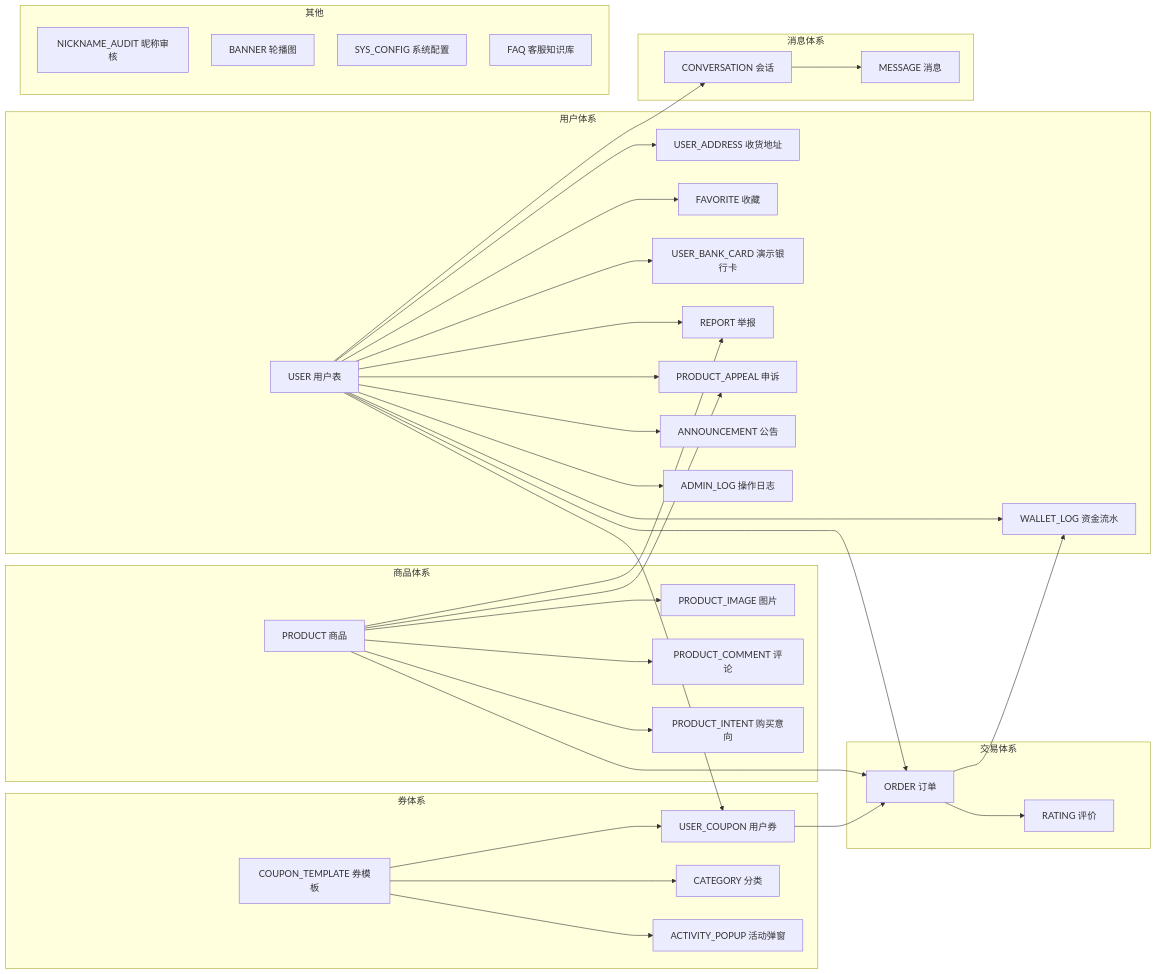
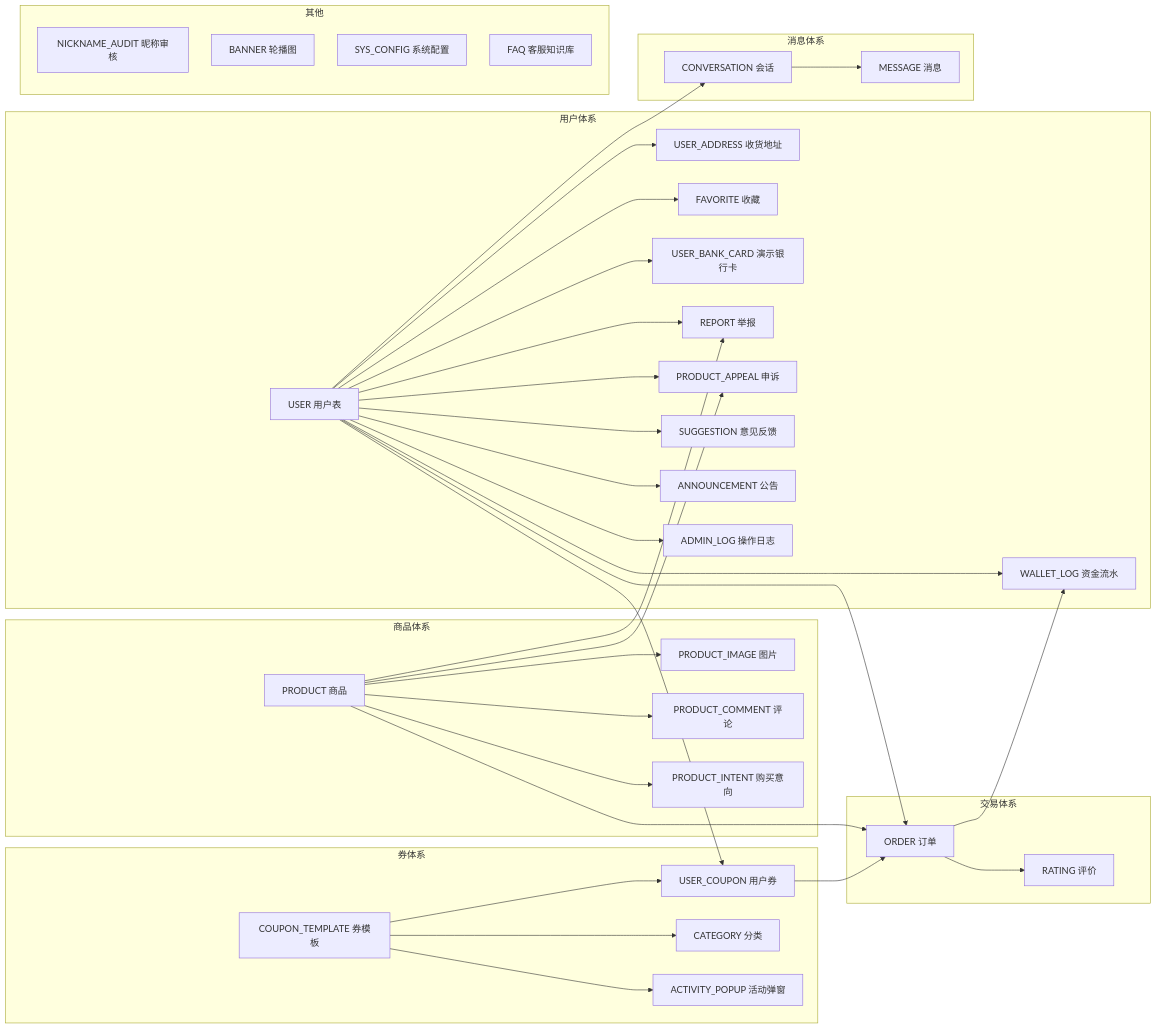
The diagram in README.md (CUTEcivetcat/c2c), drawn with Mermaid before and after one commit. The commit also changed other lines of this file and 23 other files, not shown here.

````diff
--- a/README.md
+++ b/README.md
@@ -190,45 +192,46 @@
 ```mermaid
 %%{init: {'flowchart': {'nodeSpacing': 40, 'rankSpacing': 50}}}%%
 flowchart LR
   subgraph 用户体系
     U[USER 用户表]-->UA[USER_ADDRESS 收货地址]
     U-->F[FAVORITE 收藏]
     U-->W[WALLET_LOG 资金流水]
     U-->BC[USER_BANK_CARD 演示银行卡]
     U-->R[REPORT 举报]
     U-->PA[PRODUCT_APPEAL 申诉]
+    U-->SG[SUGGESTION 意见反馈]
     U-->A[ANNOUNCEMENT 公告]
     U-->AL[ADMIN_LOG 操作日志]
   end
   subgraph 商品体系
     P[PRODUCT 商品]-->PI[PRODUCT_IMAGE 图片]
     P-->PC[PRODUCT_COMMENT 评论]
     P-->PT[PRODUCT_INTENT 购买意向]
     P-->PA
     P-->R
   end
   subgraph 交易体系
     O[ORDER 订单]-->RT[RATING 评价]
     O-->W
     P-->O
     U-->O
   end
   subgraph 券体系
     CT[COUPON_TEMPLATE 券模板]-->UC[USER_COUPON 用户券]
     U-->UC
     UC-->O
     CT-->CAT
     CT-->AP[ACTIVITY_POPUP 活动弹窗]
   end
   subgraph 消息体系
     C[CONVERSATION 会话]-->M[MESSAGE 消息]
     U-->C
   end
   subgraph 其他
     N[NICKNAME_AUDIT 昵称审核]
     B[BANNER 轮播图]
     CAT[CATEGORY 分类]
     CFG[SYS_CONFIG 系统配置]
     FAQ[FAQ 客服知识库]
   end
 ```
````
